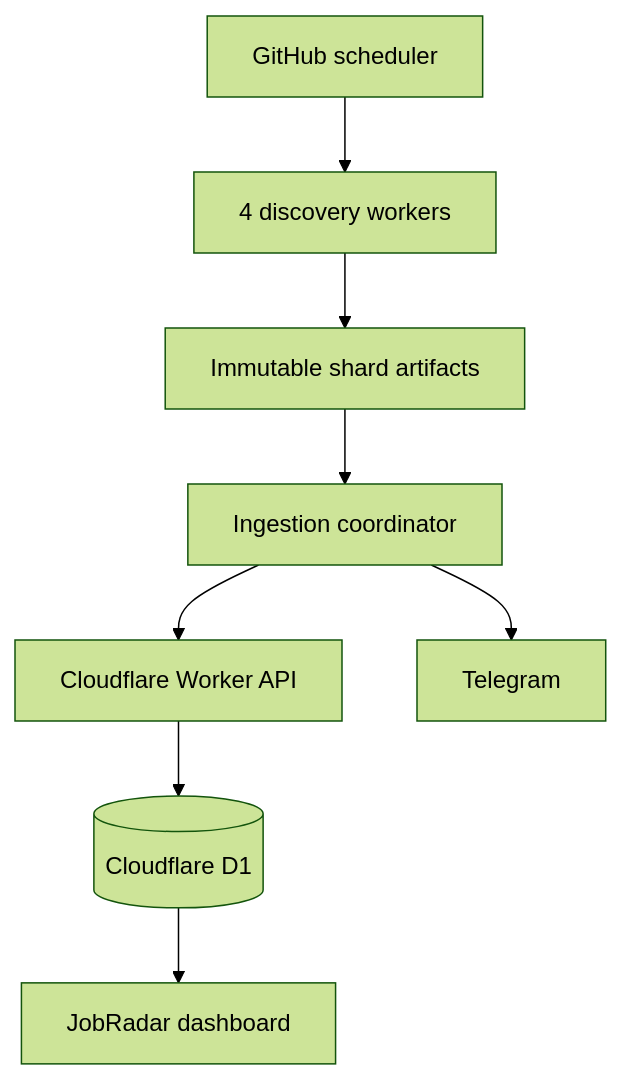
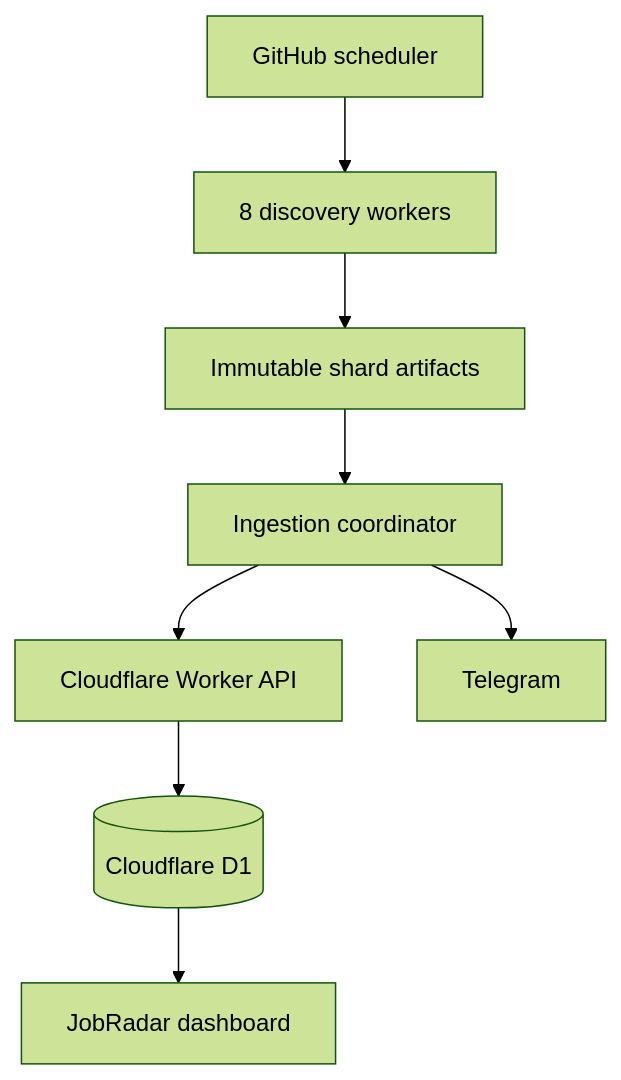
Before and after one commit to chandanvura/JobRadar: the diagram in docs/ARCHITECTURE.md, drawn with Mermaid (forest theme). The commit also changed other lines of this file and 2 other files, not shown here.

Commit message:
Reduce scan latency with eight balanced workers

````diff
--- a/docs/ARCHITECTURE.md
+++ b/docs/ARCHITECTURE.md
@@ -11,10 +11,10 @@
 ```mermaid
 flowchart TD
-  S[GitHub scheduler] --> W[4 discovery workers]
+  S[GitHub scheduler] --> W[8 discovery workers]
   W --> A[Immutable shard artifacts]
   A --> C[Ingestion coordinator]
   C --> API[Cloudflare Worker API]
   API --> DB[(Cloudflare D1)]
   C --> T[Telegram]
   DB --> UI[JobRadar dashboard]
 ```
````
